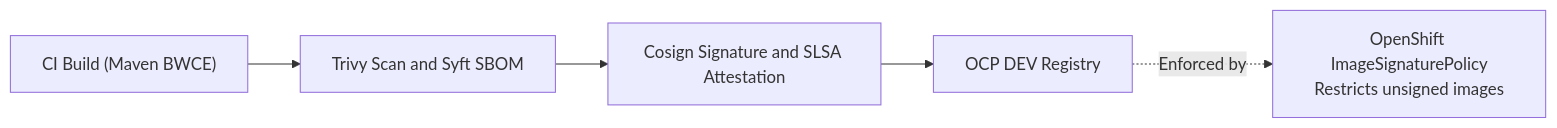
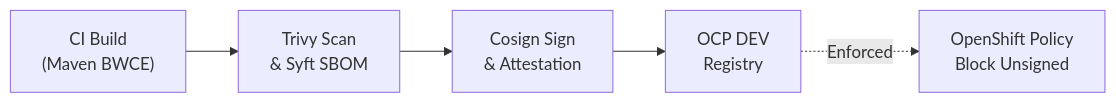
One commit to nubenetes/jenkins-git-parameter-bwce changed the eighth of 10 diagrams in README.md. Above: the diagram before and after it, drawn with Mermaid. The commit also changed other lines of this file, not shown here.

Commit message:
fix(docs): format all diagram nodes with compact line lengths to prevent browser text clipping

````diff
--- a/README.md
+++ b/README.md
@@ -451,13 +451,13 @@
 ```mermaid
 flowchart LR
-    CI["CI Build (Maven BWCE)"]
-    Trivy["Trivy Scan and Syft SBOM"]
-    Cosign["Cosign Signature and SLSA Attestation"]
-    Registry["OCP DEV Registry"]
-    Policy["OpenShift ImageSignaturePolicy<br/>Restricts unsigned images"]
+    CI["CI Build<br/>(Maven BWCE)"]
+    Trivy["Trivy Scan<br/>& Syft SBOM"]
+    Cosign["Cosign Sign<br/>& Attestation"]
+    Registry["OCP DEV<br/>Registry"]
+    Policy["OpenShift Policy<br/>Block Unsigned"]
 
     CI --> Trivy
     Trivy --> Cosign
     Cosign --> Registry
-    Registry -.->|Enforced by| Policy
+    Registry -.->|"Enforced"| Policy
 ```
````
